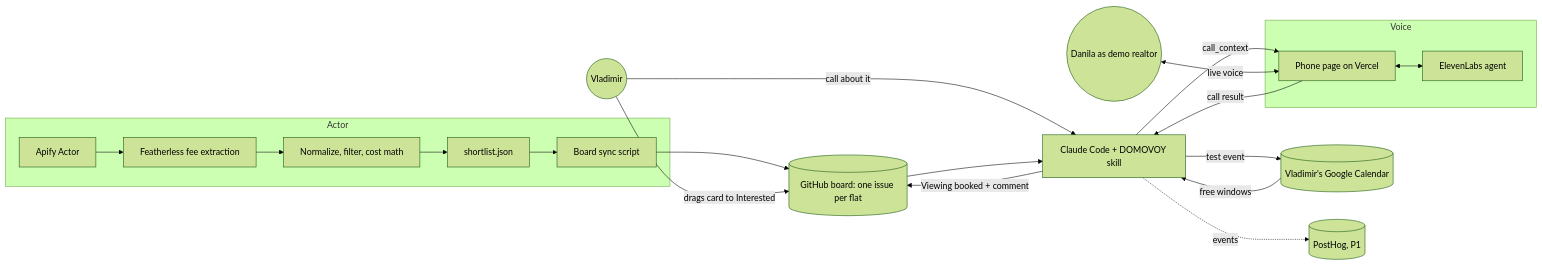
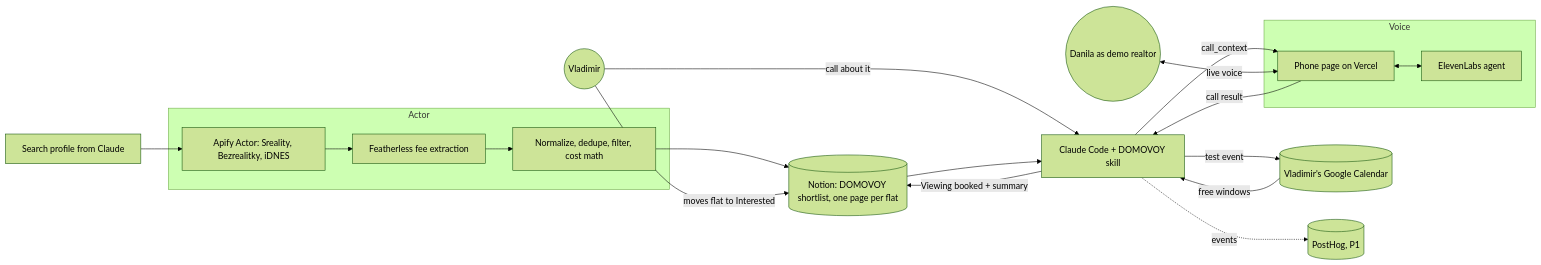
The first of 2 diagrams in docs/prd/README.md (Skilux/domovoy), drawn with Mermaid (forest theme) before and after one commit. The commit also changed other lines of this file and 10 other files, not shown here.

First line of the commit message:
docs: actor PRD and switch shortlist from GitHub board to Notion (#4)

````diff
--- a/docs/prd/README.md
+++ b/docs/prd/README.md
@@ -24,23 +24,22 @@
 ```mermaid
 flowchart LR
+  Pr[Search profile from Claude] --> A
   subgraph Actor
-    A[Apify Actor] --> B[Featherless fee extraction]
-    B --> C[Normalize, filter, cost math]
-    C --> D[shortlist.json]
-    D --> E[Board sync script]
+    A[Apify Actor: Sreality, Bezrealitky, iDNES] --> B[Featherless fee extraction]
+    B --> C[Normalize, dedupe, filter, cost math]
   end
-  E --> F[(GitHub board: one issue per flat)]
-  V((Vladimir)) -- drags card to Interested --> F
+  C --> F[(Notion: DOMOVOY shortlist, one page per flat)]
+  V((Vladimir)) -- moves flat to Interested --> F
   V -- "call about it" --> S[Claude Code + DOMOVOY skill]
   F --> S
   G[(Vladimir's Google Calendar)] -- free windows --> S
   subgraph Voice
     P[Phone page on Vercel] <--> EL[ElevenLabs agent]
   end
   S -- call_context --> P
   R((Danila as demo realtor)) <-- live voice --> P
   P -- call result --> S
-  S -- Viewing booked + comment --> F
+  S -- Viewing booked + summary --> F
   S -- test event --> G
   S -. events .-> PH[(PostHog, P1)]
 ```
````
